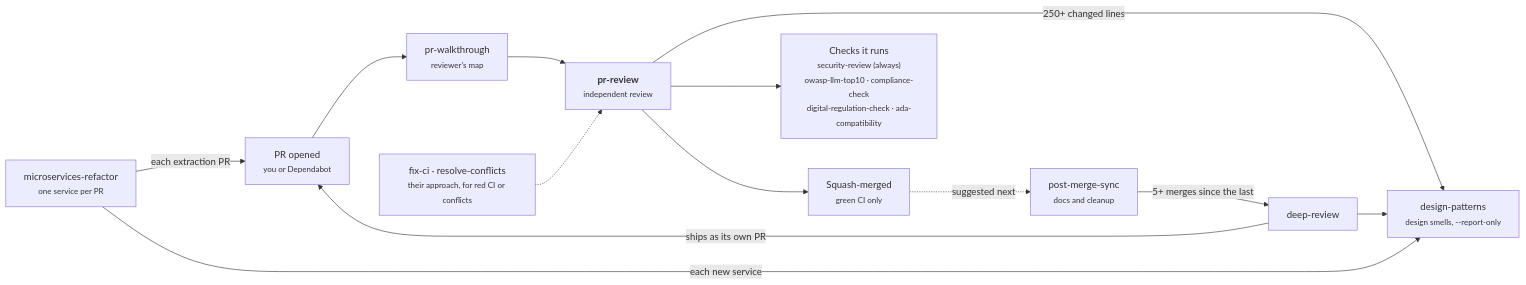
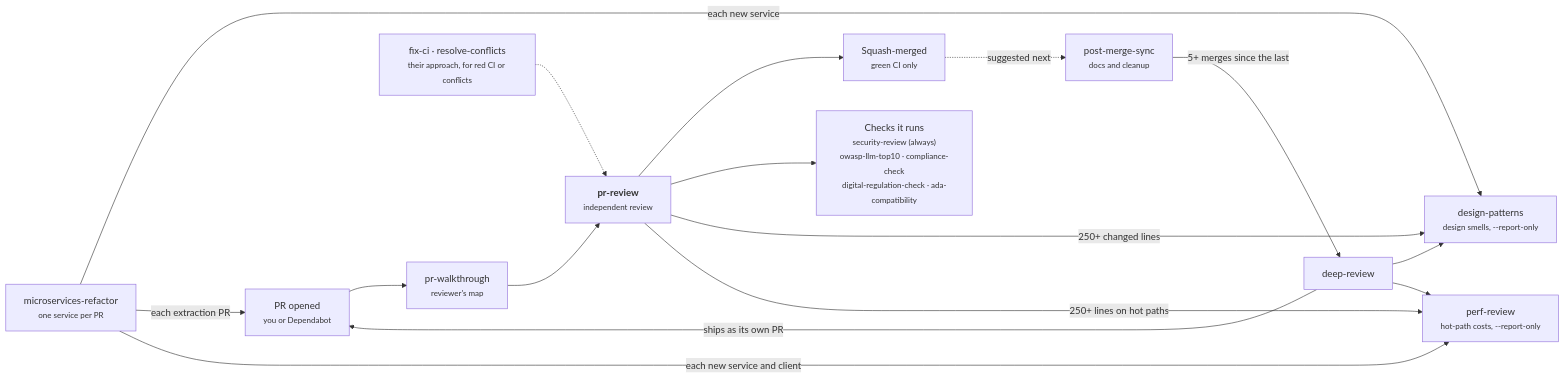
The diagram in README.md (manojkhanwalkar/claude-skills), drawn with Mermaid before and after one commit. The commit also changed other lines of this file and 9 other files, not shown here.

First line of the commit message:
Add perf-review skill: find hot-path inefficiencies, measure them, fix in small tested steps (#33)

````diff
--- a/README.md
+++ b/README.md
@@ -84,15 +86,18 @@
 ```mermaid
 flowchart LR
     open["PR opened<br/><small>you or Dependabot</small>"] --> walk["pr-walkthrough<br/><small>reviewer's map</small>"]
     walk --> review["<b>pr-review</b><br/><small>independent review</small>"]
     review --> merged["Squash-merged<br/><small>green CI only</small>"]
     review --> checks["Checks it runs<br/><small>security-review (always)<br/>owasp-llm-top10 · compliance-check<br/>digital-regulation-check · ada-compatibility</small>"]
     fixers["fix-ci · resolve-conflicts<br/><small>their approach, for red CI or conflicts</small>"] -.-> review
     merged -. "suggested next" .-> sync["post-merge-sync<br/><small>docs and cleanup</small>"]
     sync -- "5+ merges since the last" --> deep["deep-review"]
     deep -- "ships as its own PR" --> open
     review -- "250+ changed lines" --> design["design-patterns<br/><small>design smells, --report-only</small>"]
     deep --> design
     ms["microservices-refactor<br/><small>one service per PR</small>"] -- "each new service" --> design
     ms -- "each extraction PR" --> open
+    review -- "250+ lines on hot paths" --> perf["perf-review<br/><small>hot-path costs, --report-only</small>"]
+    deep --> perf
+    ms -- "each new service and client" --> perf
 ```
````
